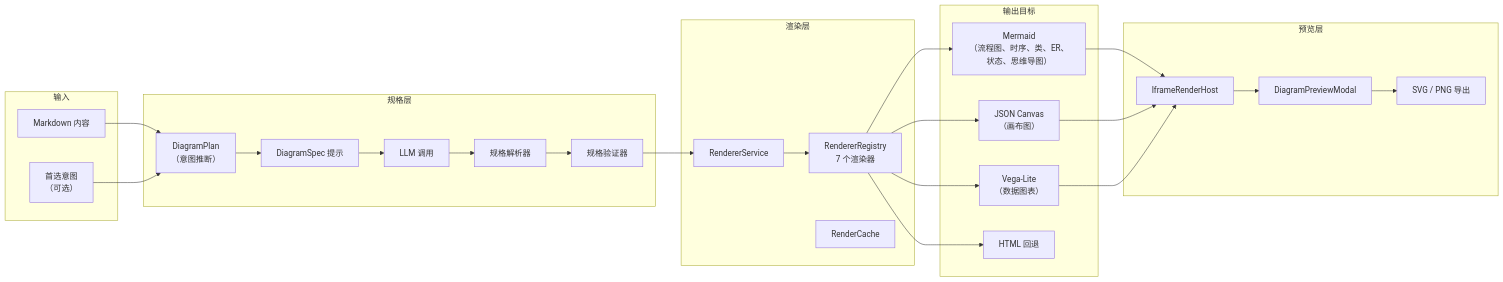
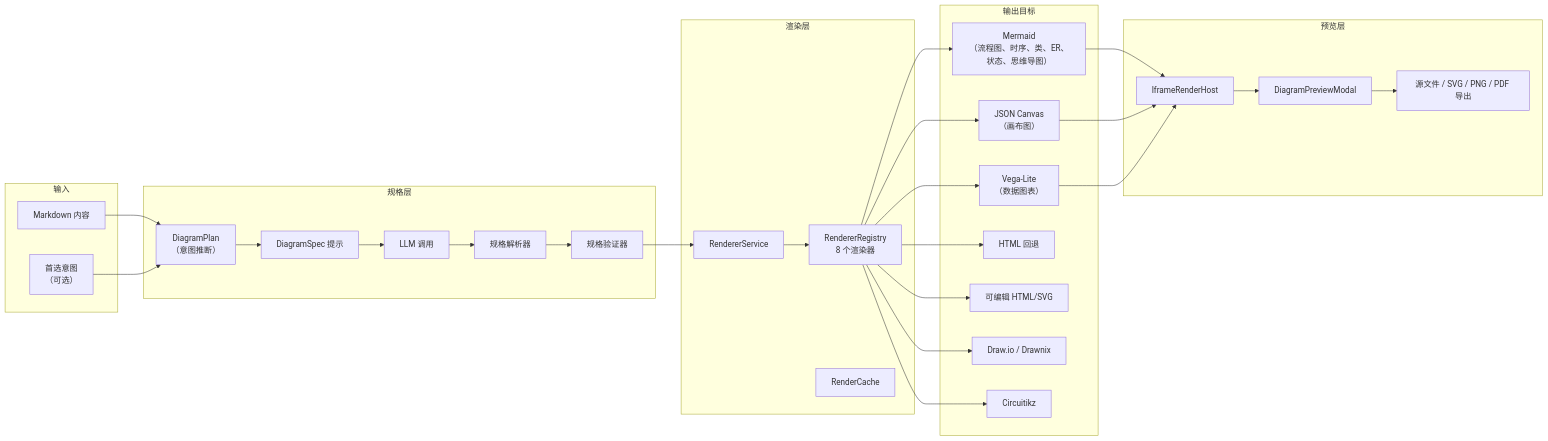
One commit to Jacobinwwey/obsidian-NotEMD changed the third of 3 diagrams in docs/architecture.zh-CN.md. Above: the diagram before and after it, drawn with Mermaid. The commit also changed other lines of this file and 44 other files, not shown here.

First line of the commit message:
fix(diagrams): expose circuitikz render target

````diff
--- a/docs/architecture.zh-CN.md
+++ b/docs/architecture.zh-CN.md
@@ -129,52 +129,58 @@
 ```mermaid
 flowchart LR
     subgraph Input["输入"]
         MD["Markdown 内容"]
         INTENT["首选意图<br/>（可选）"]
     end
 
     subgraph Spec["规格层"]
         PLAN["DiagramPlan<br/>（意图推断）"]
         PROMPT2["DiagramSpec 提示"]
         LLM["LLM 调用"]
         PARSE2["规格解析器"]
         VALIDATE["规格验证器"]
     end
 
     subgraph Render["渲染层"]
-        REGISTRY["RendererRegistry<br/>7 个渲染器"]
+        REGISTRY["RendererRegistry<br/>8 个渲染器"]
         SERVICE["RendererService"]
         CACHE2["RenderCache"]
     end
 
     subgraph Target["输出目标"]
         MERMAID["Mermaid<br/>（流程图、时序、类、ER、状态、思维导图）"]
         CANVAS["JSON Canvas<br/>（画布图）"]
         VEGA["Vega-Lite<br/>（数据图表）"]
         HTML["HTML 回退"]
+        FIGURE["可编辑 HTML/SVG"]
+        BOARD["Draw.io / Drawnix"]
+        CIRCUIT["Circuitikz"]
     end
 
     subgraph Host["预览层"]
         IFRAME["IframeRenderHost"]
         MODAL["DiagramPreviewModal"]
-        EXPORT2["SVG / PNG 导出"]
+        EXPORT2["源文件 / SVG / PNG / PDF 导出"]
     end
 
     MD --> PLAN
     INTENT --> PLAN
     PLAN --> PROMPT2
     PROMPT2 --> LLM
     LLM --> PARSE2
     PARSE2 --> VALIDATE
     VALIDATE --> SERVICE
     SERVICE --> REGISTRY
     REGISTRY --> MERMAID
     REGISTRY --> CANVAS
     REGISTRY --> VEGA
     REGISTRY --> HTML
+    REGISTRY --> FIGURE
+    REGISTRY --> BOARD
+    REGISTRY --> CIRCUIT
     MERMAID --> IFRAME
     CANVAS --> IFRAME
     VEGA --> IFRAME
     IFRAME --> MODAL
     MODAL --> EXPORT2
 ```
````
